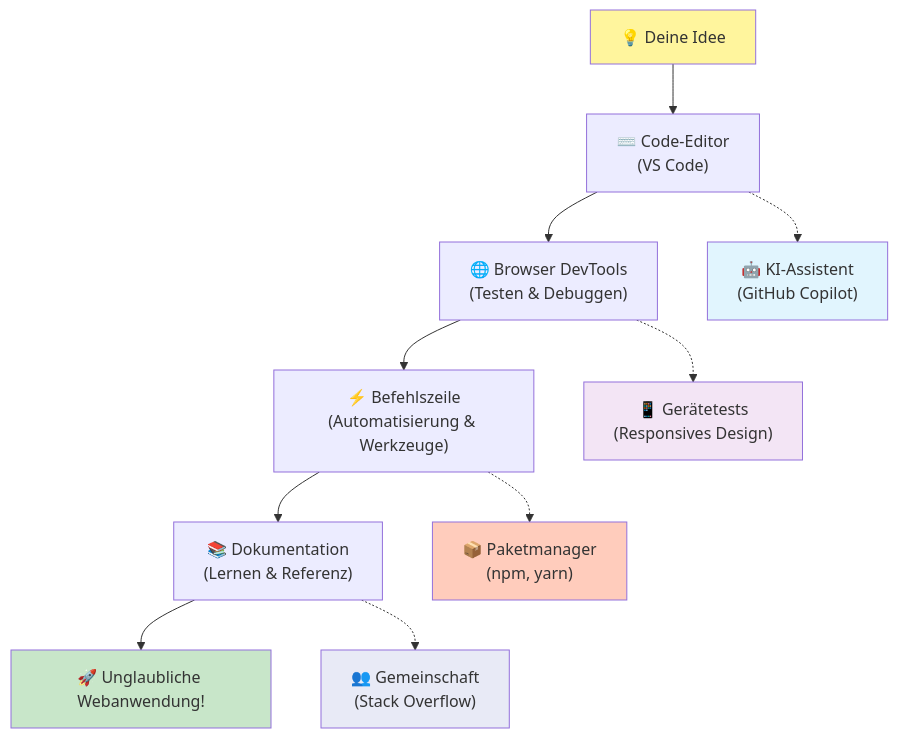
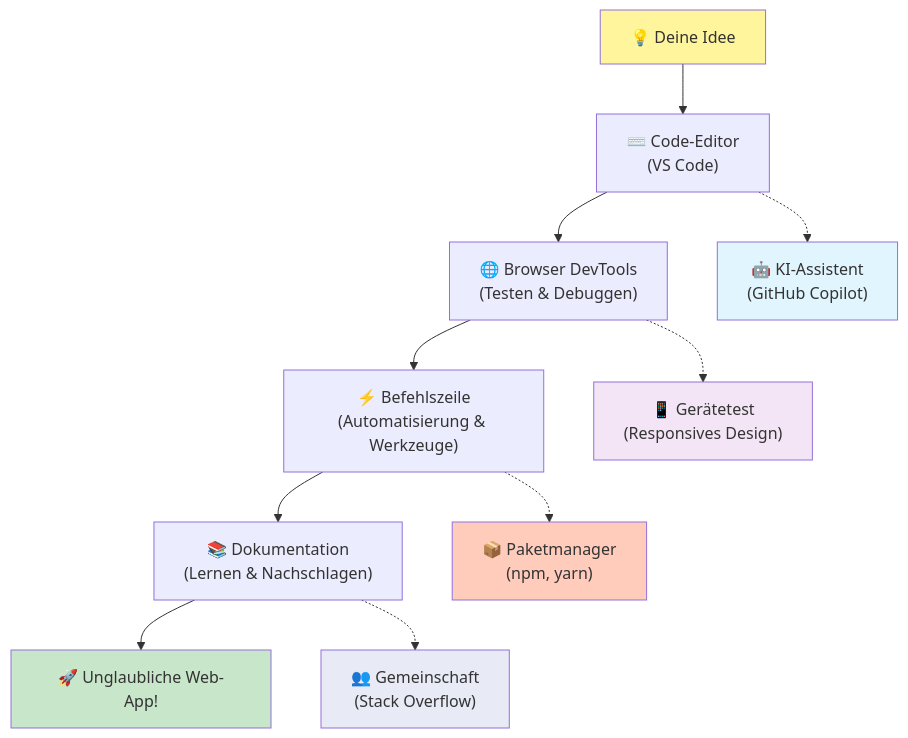
The fifth of 7 diagrams in translations/de/1-getting-started-lessons/1-intro-to-programming-languages/README.md (microsoft/Web-Dev-For-Beginners), drawn with Mermaid before and after one commit. The commit also changed other lines of this file and 11 other files, not shown here.

````diff
--- a/translations/de/1-getting-started-lessons/1-intro-to-programming-languages/README.md
+++ b/translations/de/1-getting-started-lessons/1-intro-to-programming-languages/README.md
@@ -488,20 +486,20 @@
 ```mermaid
 graph TD
     A["💡 Deine Idee"] --> B["⌨️ Code-Editor<br/>(VS Code)"] 
     B --> C["🌐 Browser DevTools<br/>(Testen & Debuggen)"]
     C --> D["⚡ Befehlszeile<br/>(Automatisierung & Werkzeuge)"]
-    D --> E["📚 Dokumentation<br/>(Lernen & Referenz)"]
-    E --> F["🚀 Unglaubliche Webanwendung!"]
+    D --> E["📚 Dokumentation<br/>(Lernen & Nachschlagen)"]
+    E --> F["🚀 Unglaubliche Web-App!"]
     
     B -.-> G["🤖 KI-Assistent<br/>(GitHub Copilot)"]
-    C -.-> H["📱 Gerätetests<br/>(Responsives Design)"]
+    C -.-> H["📱 Gerätetest<br/>(Responsives Design)"]
     D -.-> I["📦 Paketmanager<br/>(npm, yarn)"]
     E -.-> J["👥 Gemeinschaft<br/>(Stack Overflow)"]
     
     style A fill:#fff59d
     style F fill:#c8e6c9
     style G fill:#e1f5fe
     style H fill:#f3e5f5
     style I fill:#ffccbc
     style J fill:#e8eaf6
-```
+```  
````
